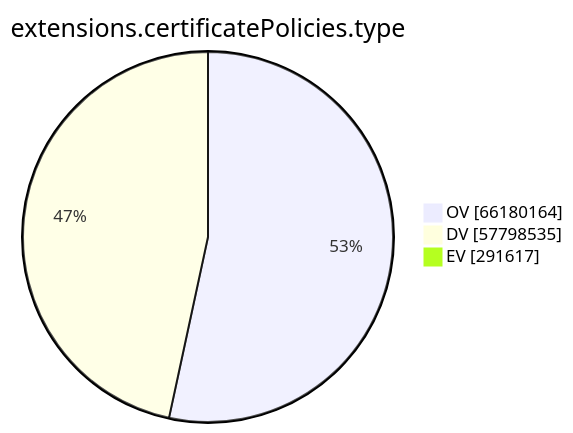
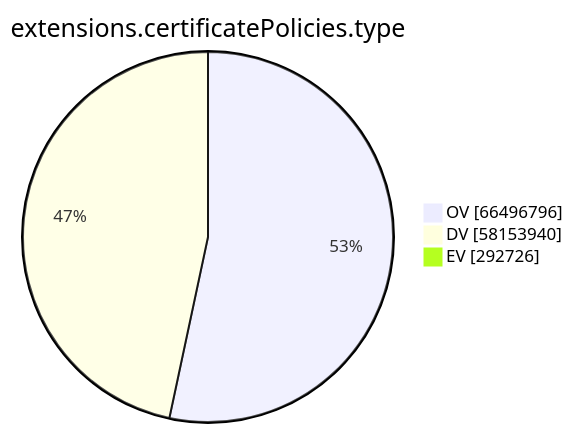
One commit to christiankrug/ctmonitor_visualization changed the ninth of 15 diagrams in xenon2023/README.md. Above: the diagram before and after it, drawn with Mermaid. The commit also changed other lines of this file, not shown here.

````diff
--- a/xenon2023/README.md
+++ b/xenon2023/README.md
@@ -2171,7 +2172,7 @@
 ```mermaid
 pie showData
 title extensions.certificatePolicies.type
-"OV" :66180164
-"DV" :57798535
-"EV" :291617
+"OV" :66496796
+"DV" :58153940
+"EV" :292726
 ```
````
